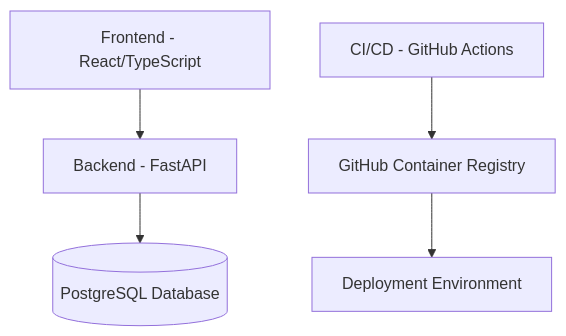
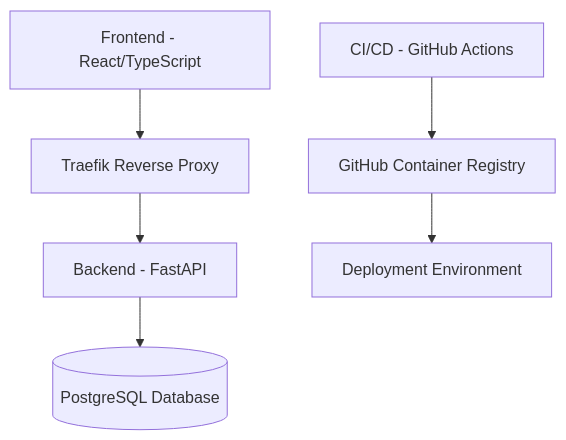
Before and after one commit to datascientest-fastAPI-project-group-25/fastAPI-project-app: the first of 2 diagrams in README.md, drawn with Mermaid. The commit also changed other lines of this file, not shown here.

Commit message:
docs: update README with improved architecture and setup instructions

````diff
--- a/README.md
+++ b/README.md
@@ -22,7 +23,8 @@
 ```mermaid
 graph TD
-    A[Frontend - React/TypeScript] --> B[Backend - FastAPI]
+    A[Frontend - React/TypeScript] --> G[Traefik Reverse Proxy]
+    G --> B[Backend - FastAPI]
     B --> C[(PostgreSQL Database)]
     D[CI/CD - GitHub Actions] --> E[GitHub Container Registry]
     E --> F[Deployment Environment]
 ```
````
